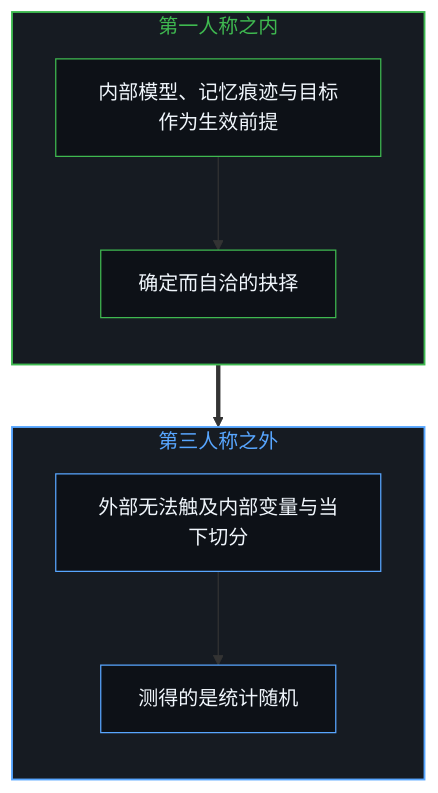
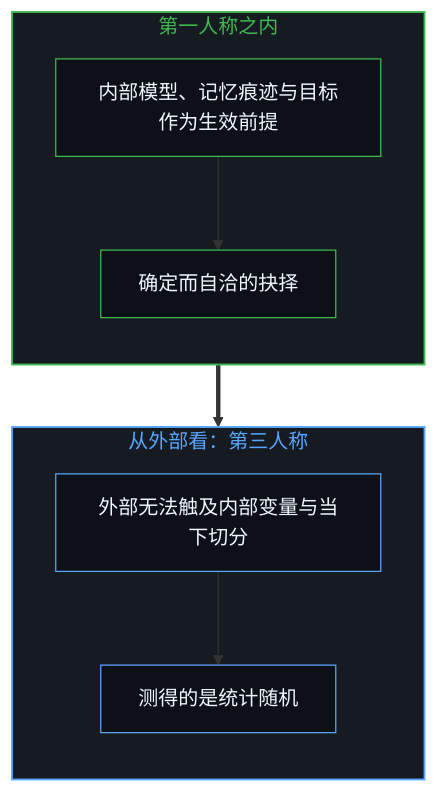
The first of 2 diagrams in content/posts/zi-you-de-ce-bu-zhun.md (powerpig99/not-a-toe), drawn with Mermaid before and after one commit. The commit also changed other lines of this file and 9 other files, not shown here.

````diff
--- a/content/posts/zi-you-de-ce-bu-zhun.md
+++ b/content/posts/zi-you-de-ce-bu-zhun.md
@@ -43,22 +43,22 @@
 ```mermaid
 flowchart TD
     subgraph S_In["第一人称之内"]
         direction TB
         I1["内部模型、记忆痕迹与目标作为生效前提"]
         I2["确定而自洽的抉择"]
     end
-    subgraph S_Out["第三人称之外"]
+    subgraph S_Out["从外部看：第三人称"]
         direction TB
         O1["外部无法触及内部变量与当下切分"]
         O2["测得的是统计随机"]
     end
     I1 --> I2
     I2 ==> O1
     O1 --> O2
     style S_In fill:#161b22,stroke:#3fb950,stroke-width:1.5px,color:#3fb950
     style S_Out fill:#161b22,stroke:#58a6ff,stroke-width:1.5px,color:#58a6ff
     style I1 fill:#0d1117,stroke:#3fb950,stroke-width:1px,color:#f0f6fc
     style I2 fill:#0d1117,stroke:#3fb950,stroke-width:1px,color:#f0f6fc
     style O1 fill:#0d1117,stroke:#58a6ff,stroke-width:1px,color:#f0f6fc
     style O2 fill:#0d1117,stroke:#58a6ff,stroke-width:1px,color:#f0f6fc
 ```
````
